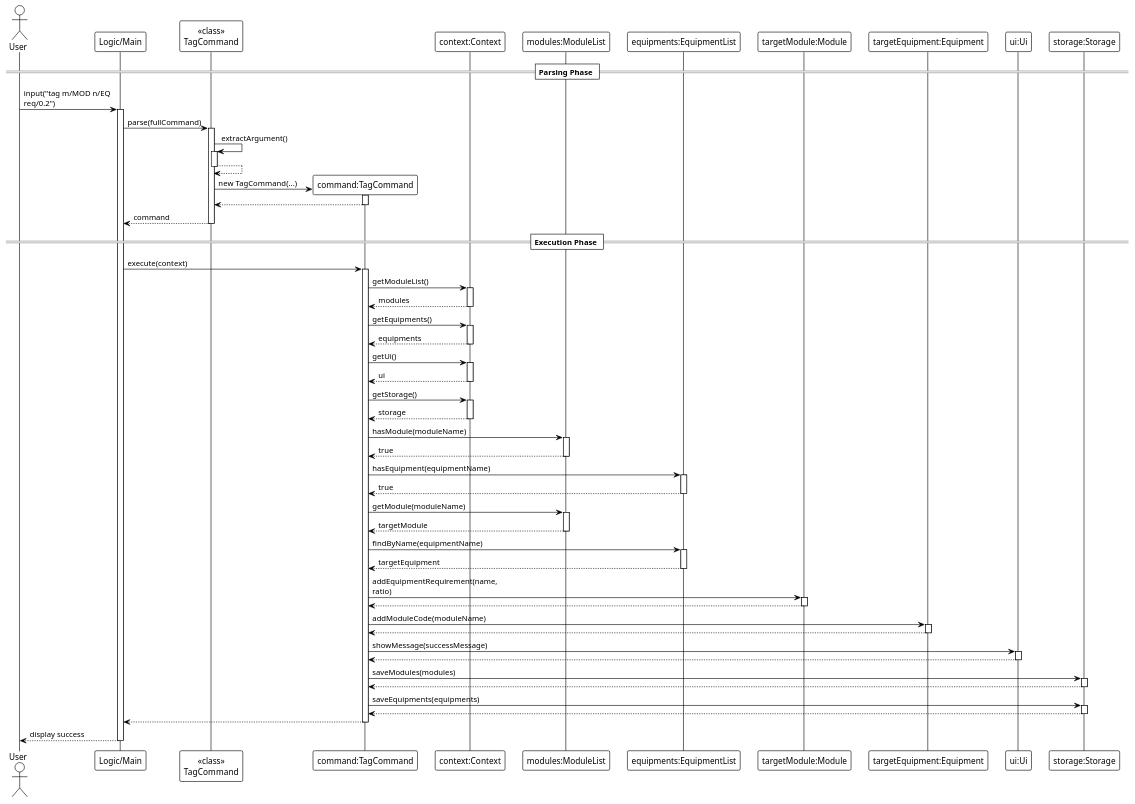
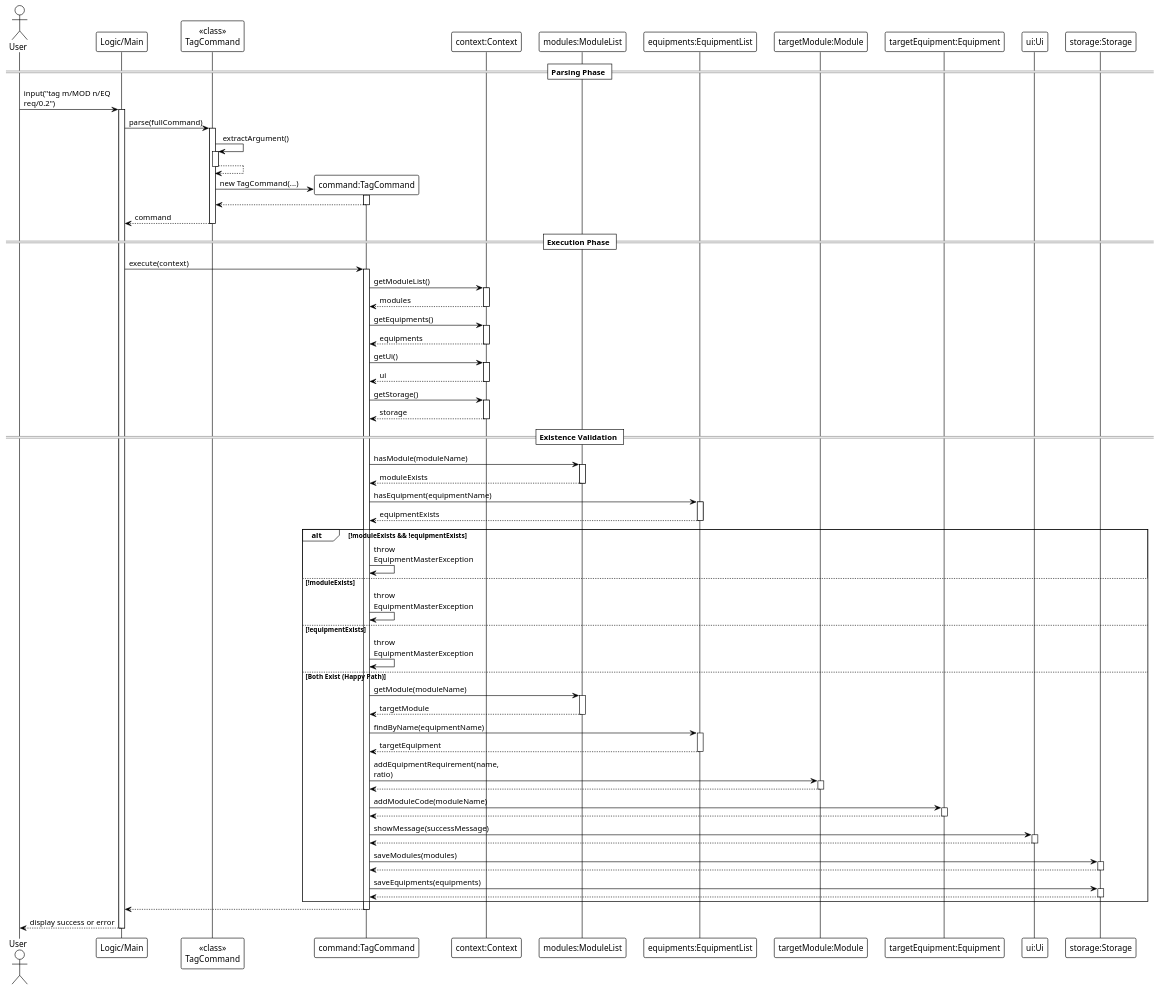
One commit to zhanhong03/tp changed the diagram in docs/UMLs/TagCommand.puml. Above: the diagram before and after it, drawn with PlantUML. The commit also changed 1 other file, not shown here.

Commit message:
Update tag and untag command sequence diagram

```diff
--- a/docs/UMLs/TagCommand.puml
+++ b/docs/UMLs/TagCommand.puml
@@ -1,113 +1,124 @@
 @startuml
 !theme plain
 skinparam maxMessageSize 150
 
 actor User
 participant "Logic/Main" as Logic
 participant "<<class>>\nTagCommand" as TagCommandClass
 participant "command:TagCommand" as TagCommand
 participant "context:Context" as Context
 participant "modules:ModuleList" as ModuleList
 participant "equipments:EquipmentList" as EquipmentList
 participant "targetModule:Module" as Module
 participant "targetEquipment:Equipment" as Equipment
 participant "ui:Ui" as Ui
 participant "storage:Storage" as Storage
 
 == Parsing Phase ==
 User -> Logic : input("tag m/MOD n/EQ req/0.2")
 activate Logic
 
 Logic -> TagCommandClass : parse(fullCommand)
 activate TagCommandClass
 
 TagCommandClass -> TagCommandClass : extractArgument()
 activate TagCommandClass
 TagCommandClass --> TagCommandClass
 deactivate TagCommandClass
 
 create TagCommand
 TagCommandClass -> TagCommand : new TagCommand(...)
 activate TagCommand
 TagCommand --> TagCommandClass
 deactivate TagCommand
 
 TagCommandClass --> Logic : command
 deactivate TagCommandClass
 
 == Execution Phase ==
 Logic -> TagCommand : execute(context)
 activate TagCommand
 
 TagCommand -> Context : getModuleList()
 activate Context
 Context --> TagCommand : modules
 deactivate Context
 
 TagCommand -> Context : getEquipments()
 activate Context
 Context --> TagCommand : equipments
 deactivate Context
 
 TagCommand -> Context : getUi()
 activate Context
 Context --> TagCommand : ui
 deactivate Context
 
 TagCommand -> Context : getStorage()
 activate Context
 Context --> TagCommand : storage
 deactivate Context
 
+== Existence Validation ==
 TagCommand -> ModuleList : hasModule(moduleName)
 activate ModuleList
-ModuleList --> TagCommand : true
+ModuleList --> TagCommand : moduleExists
 deactivate ModuleList
 
 TagCommand -> EquipmentList : hasEquipment(equipmentName)
 activate EquipmentList
-EquipmentList --> TagCommand : true
+EquipmentList --> TagCommand : equipmentExists
 deactivate EquipmentList
 
-TagCommand -> ModuleList : getModule(moduleName)
-activate ModuleList
-ModuleList --> TagCommand : targetModule
-deactivate ModuleList
+alt !moduleExists && !equipmentExists
+    TagCommand -> TagCommand : throw EquipmentMasterException
+else !moduleExists
+    TagCommand -> TagCommand : throw EquipmentMasterException
+else !equipmentExists
+    TagCommand -> TagCommand : throw EquipmentMasterException
+else Both Exist (Happy Path)
 
-TagCommand -> EquipmentList : findByName(equipmentName)
-activate EquipmentList
-EquipmentList --> TagCommand : targetEquipment
-deactivate EquipmentList
+    TagCommand -> ModuleList : getModule(moduleName)
+    activate ModuleList
+    ModuleList --> TagCommand : targetModule
+    deactivate ModuleList
 
-TagCommand -> Module : addEquipmentRequirement(name, ratio)
-activate Module
-Module --> TagCommand
-deactivate Module
+    TagCommand -> EquipmentList : findByName(equipmentName)
+    activate EquipmentList
+    EquipmentList --> TagCommand : targetEquipment
+    deactivate EquipmentList
 
-TagCommand -> Equipment : addModuleCode(moduleName)
-activate Equipment
-Equipment --> TagCommand
-deactivate Equipment
+    TagCommand -> Module : addEquipmentRequirement(name, ratio)
+    activate Module
+    Module --> TagCommand
+    deactivate Module
 
-TagCommand -> Ui : showMessage(successMessage)
-activate Ui
-Ui --> TagCommand
-deactivate Ui
+    TagCommand -> Equipment : addModuleCode(moduleName)
+    activate Equipment
+    Equipment --> TagCommand
+    deactivate Equipment
 
-TagCommand -> Storage : saveModules(modules)
-activate Storage
-Storage --> TagCommand
-deactivate Storage
+    TagCommand -> Ui : showMessage(successMessage)
+    activate Ui
+    Ui --> TagCommand
+    deactivate Ui
 
-TagCommand -> Storage : saveEquipments(equipments)
-activate Storage
-Storage --> TagCommand
-deactivate Storage
+    TagCommand -> Storage : saveModules(modules)
+    activate Storage
+    Storage --> TagCommand
+    deactivate Storage
+
+    TagCommand -> Storage : saveEquipments(equipments)
+    activate Storage
+    Storage --> TagCommand
+    deactivate Storage
+
+end
 
 TagCommand --> Logic
 deactivate TagCommand
 
-Logic --> User : display success
+Logic --> User : display success or error
 deactivate Logic
 
 @enduml
```
